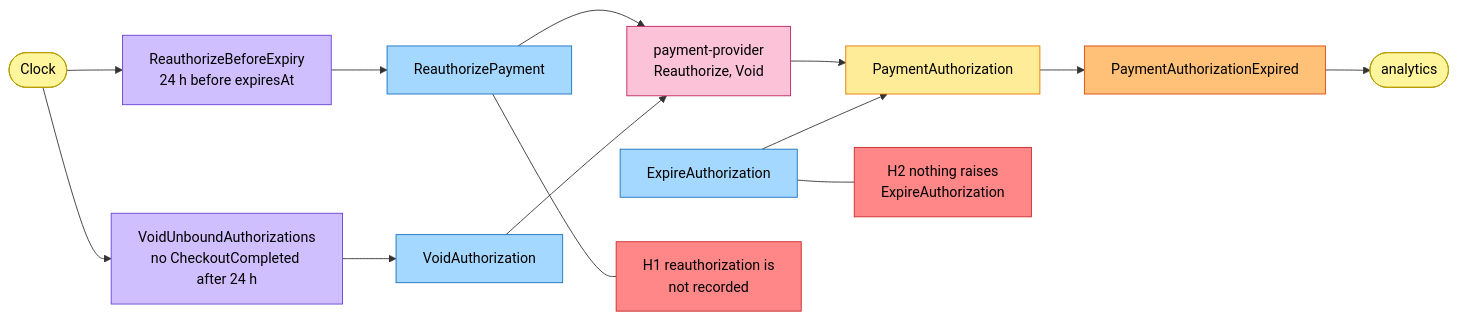
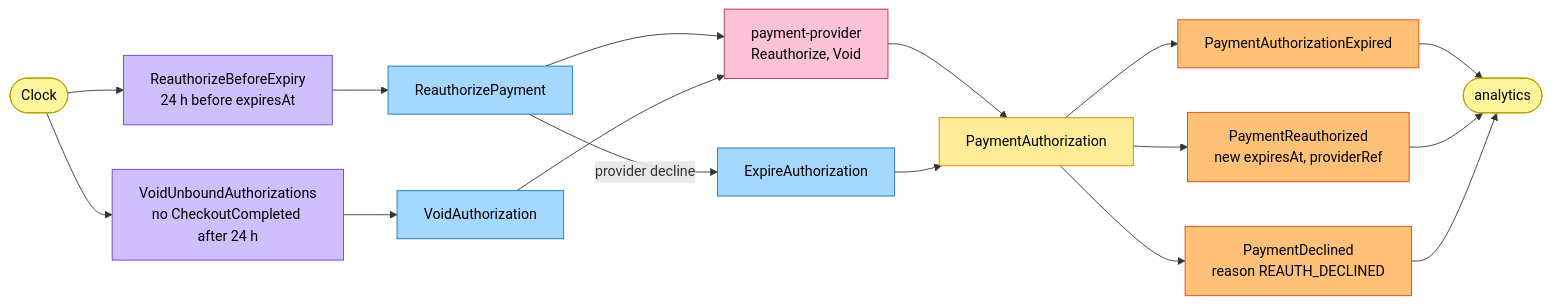
One commit to IQVO/warehouse-docs changed the fifth of 5 diagrams in storefront/docs/contexts/customer-payments/eventstorming.md. Above: the diagram before and after it, drawn with Mermaid. The commit also changed other lines of this file and 11 other files, not shown here.

````diff
--- a/storefront/docs/contexts/customer-payments/eventstorming.md
+++ b/storefront/docs/contexts/customer-payments/eventstorming.md
@@ -233,36 +234,38 @@
 ```mermaid
 flowchart LR
     T([Clock]):::actor
     P7["ReauthorizeBeforeExpiry<br/>24 h before expiresAt"]:::policy
     P8["VoidUnboundAuthorizations<br/>no CheckoutCompleted after 24 h"]:::policy
     C7["ReauthorizePayment"]:::command
     C1["VoidAuthorization"]:::command
     C8["ExpireAuthorization"]:::command
     PSP["payment-provider<br/>Reauthorize, Void"]:::external
     G1["PaymentAuthorization"]:::aggregate
     E9["PaymentAuthorizationExpired"]:::event
     AN([analytics]):::actor
-    H1["H1 reauthorization is<br/>not recorded"]:::hotspot
-    H2["H2 nothing raises<br/>ExpireAuthorization"]:::hotspot
+    E10["PaymentReauthorized<br/>new expiresAt, providerRef"]:::event
+    E11["PaymentDeclined<br/>reason REAUTH_DECLINED"]:::event
 
     T --> P7
     T --> P8
     P7 --> C7
     P8 --> C1
     C7 --> PSP
     C1 --> PSP
     PSP --> G1
     C8 --> G1
     G1 --> E9
     E9 --> AN
-    C7 --- H1
-    C8 --- H2
+    G1 --> E10
+    G1 --> E11
+    E10 --> AN
+    E11 --> AN
+    C7 -->|provider decline| C8
 
     classDef actor fill:#fff59d,stroke:#b59f00,color:#000
     classDef command fill:#a5d8ff,stroke:#1971c2,color:#000
     classDef aggregate fill:#ffec99,stroke:#e67700,color:#000
     classDef event fill:#ffc078,stroke:#d9480f,color:#000
     classDef policy fill:#d0bfff,stroke:#6741d9,color:#000
     classDef external fill:#fcc2d7,stroke:#c2255c,color:#000
-    classDef hotspot fill:#ff8787,stroke:#c92a2a,color:#000
 ```
````
